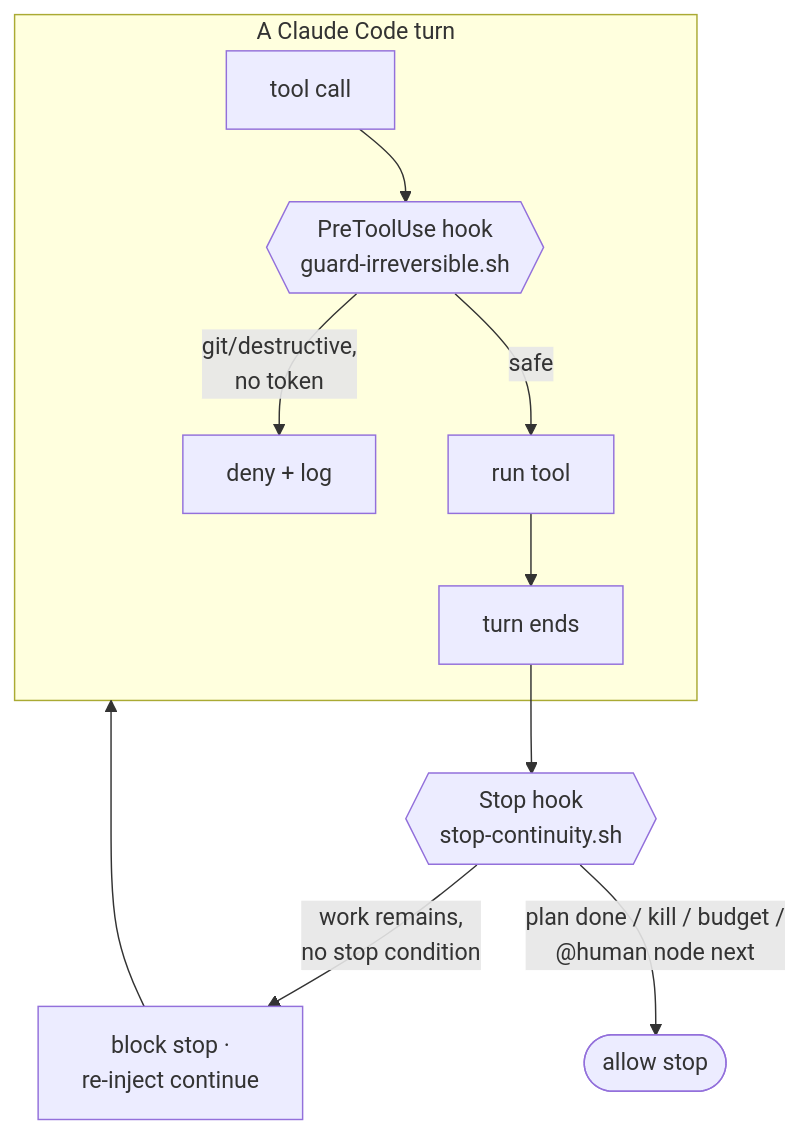
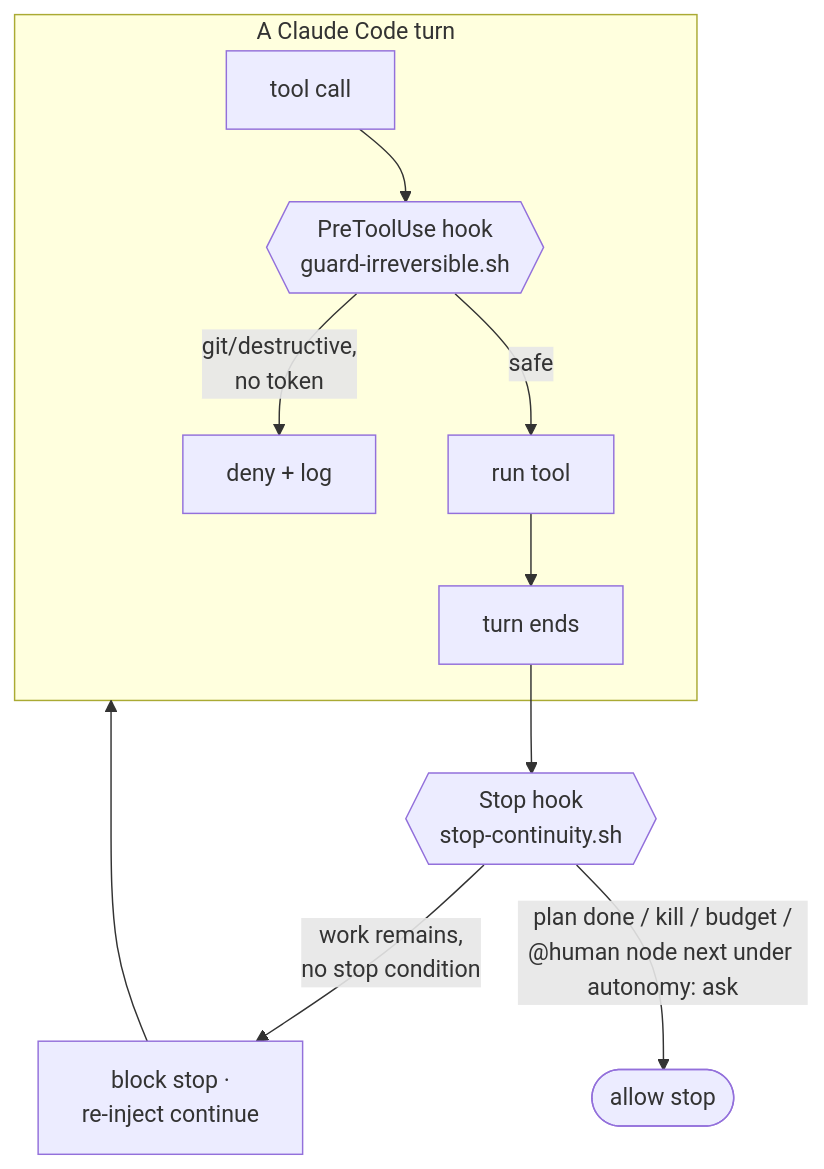
Before and after one commit to Jonhvmp/leopold: the first of 2 diagrams in docs/architecture/in-session.md, drawn with Mermaid. The commit also changed other lines of this file and 70 other files, not shown here.

````diff
--- a/docs/architecture/in-session.md
+++ b/docs/architecture/in-session.md
@@ -15,13 +15,13 @@
 ```mermaid
 flowchart TB
     subgraph Turn["A Claude Code turn"]
         TC["tool call"] --> PRE{{"PreToolUse hook<br/>guard-irreversible.sh"}}
         PRE -- "safe" --> EXEC["run tool"]
         PRE -- "git/destructive,<br/>no token" --> DENY["deny + log"]
         EXEC --> ENDTURN["turn ends"]
     end
     ENDTURN --> STOP{{"Stop hook<br/>stop-continuity.sh"}}
     STOP -- "work remains,<br/>no stop condition" --> CONT["block stop ·<br/>re-inject continue"]
-    STOP -- "plan done / kill / budget /<br/>@human node next" --> HALT([allow stop])
+    STOP -- "plan done / kill / budget /<br/>@human node next under autonomy: ask" --> HALT([allow stop])
     CONT --> Turn
 ```
````
